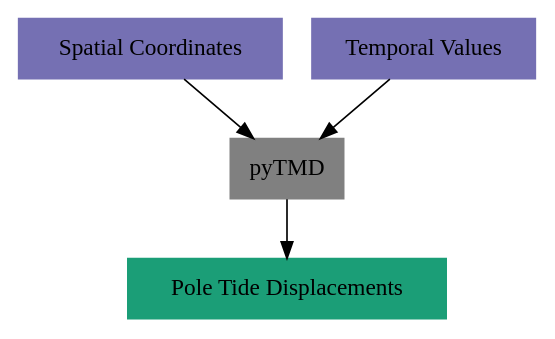
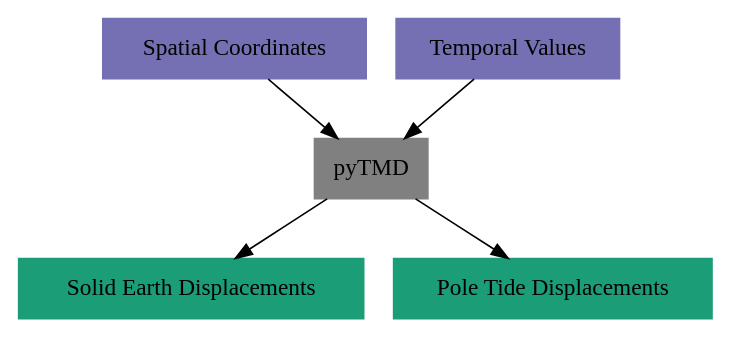
Before and after one commit to tsutterley/pyTMD: the second of 2 diagrams in doc/source/getting_started/Overview.rst, drawn with Graphviz. The commit also changed other lines of this file and 32 other files, not shown here.

First line of the commit message:
feat: adding work for computing solid earth tides (#186)

```diff
--- a/doc/source/getting_started/Overview.rst
+++ b/doc/source/getting_started/Overview.rst
@@ -38,13 +37,15 @@
 .. graphviz::
-    :caption: Pole Tide Framework
+    :caption: Solid Earth and Pole Tide Framework
     :align: center
 
     digraph {
         S [label="Spatial Coordinates" shape=box style="filled" color="#7570b3"]
         E [label="Temporal Values" shape=box style="filled" color="#7570b3"]
         T [label="pyTMD" shape=box style="filled" color="gray"]
+        D [label="Solid Earth Displacements" shape=box style="filled" color="#1b9e77"]
         P [label="Pole Tide Displacements" shape=box style="filled" color="#1b9e77"]
         S -> T
         E -> T
+        T -> D
         T -> P
     }
```
